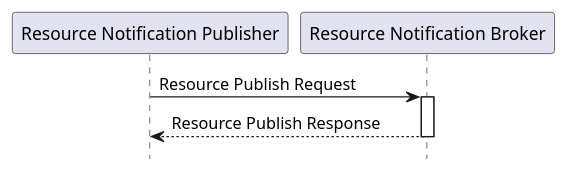
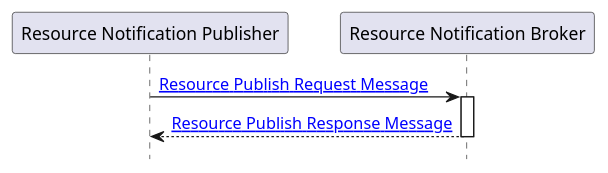
One commit to IHE/ITI.DSUBm changed the diagram in input/images-source/ITI-111-Publish-seq.plantuml. Above: the diagram before and after it, drawn with PlantUML. The commit also changed 8 other files, not shown here.

```diff
--- a/input/images-source/ITI-111-Publish-seq.plantuml
+++ b/input/images-source/ITI-111-Publish-seq.plantuml
@@ -1,14 +1,14 @@
 @startuml
 hide footbox
 
 participant "Resource Notification Publisher" as  Publisher
 participant "Resource Notification Broker" as  Broker
 
 
 
-Publisher -> Broker : Resource Publish Request 
+Publisher -> Broker : [[ITI-111.html#231115-resource-publish-request-message Resource Publish Request Message]]
 activate Broker
-Broker --> Publisher : Resource Publish Response 
+Broker --> Publisher : [[ITI-111.html#231116-resource-publish-response-message Resource Publish Response Message]]
 deactivate Broker
 
 @enduml
```
